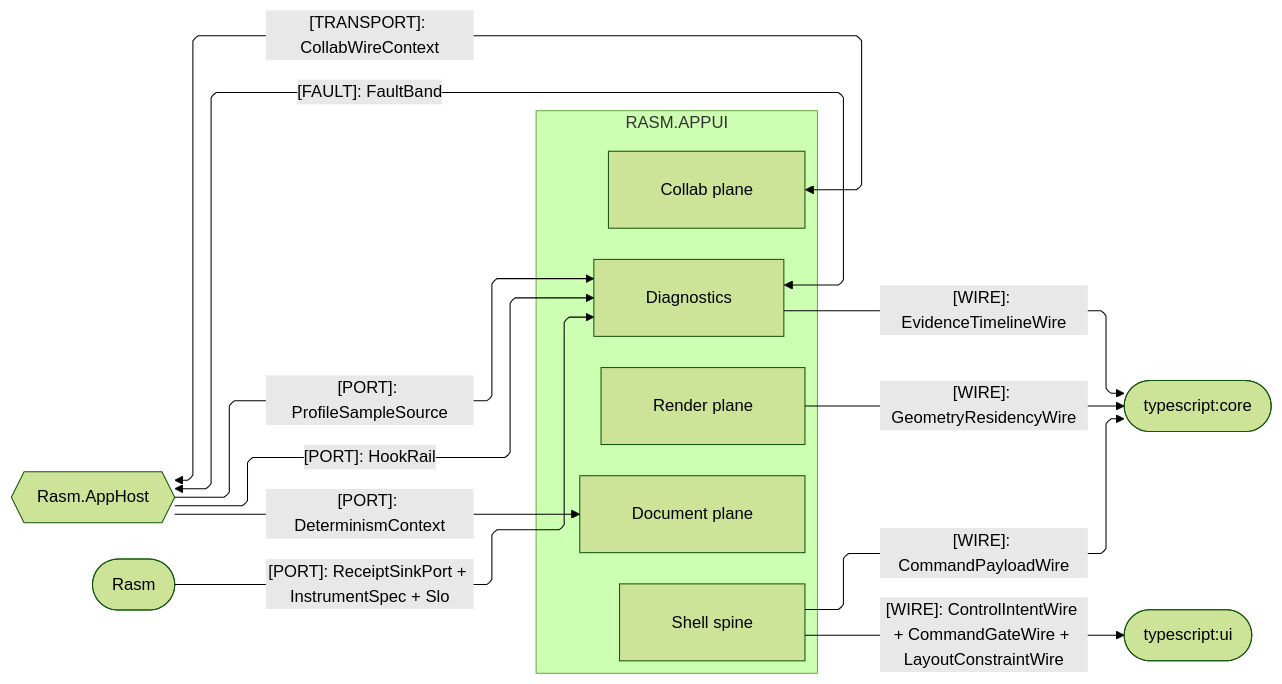
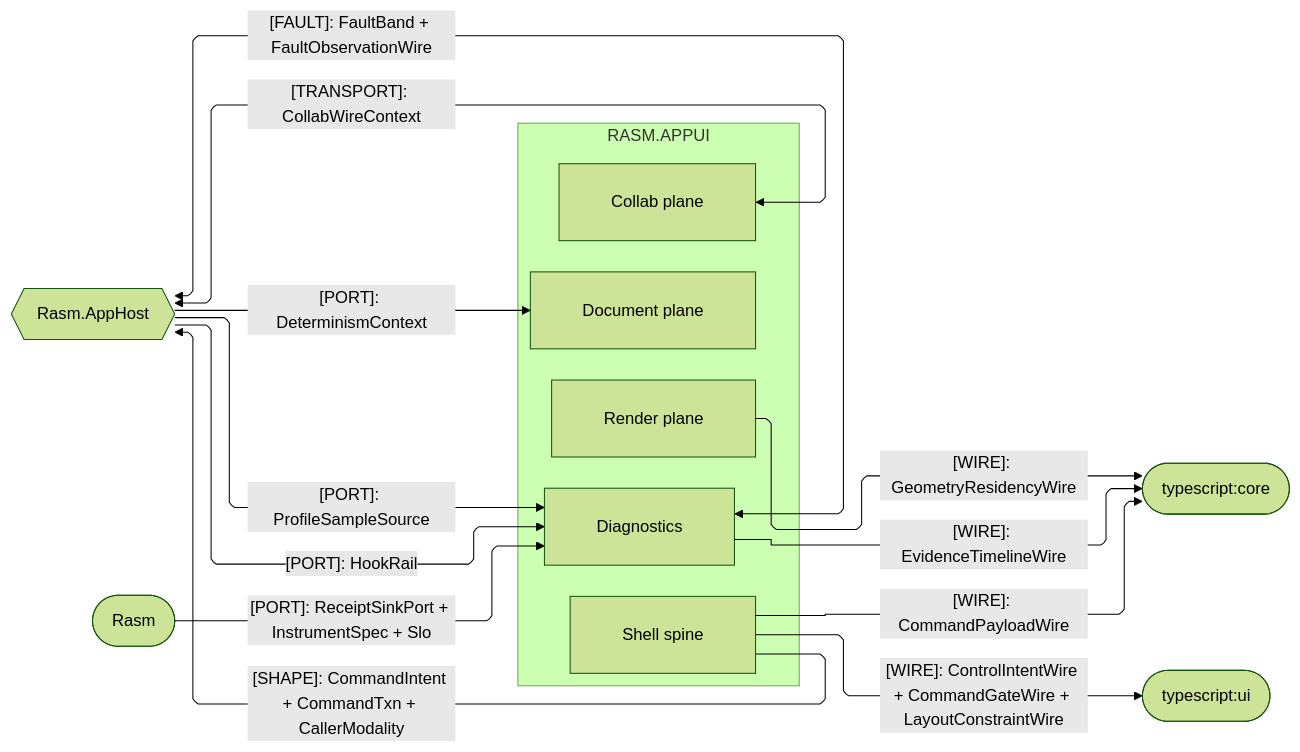
Before and after one commit to bsamiee/Rasm: the third of 4 diagrams in libs/csharp/Rasm.AppUi/ARCHITECTURE.md, drawn with Mermaid (forest theme). The commit also changed other lines of this file and 272 other files, not shown here.

````diff
--- a/libs/csharp/Rasm.AppUi/ARCHITECTURE.md
+++ b/libs/csharp/Rasm.AppUi/ARCHITECTURE.md
@@ -204,33 +204,34 @@
 ```mermaid
 ---
 config:
   layout: elk
   flowchart:
     curve: linear
     padding: 25
 ---
 flowchart LR
     accTitle: AppUi platform-host and cross-runtime wire seams
-    accDescr: AppUi owners exchanging wires, receipts, ports, transport, and the fault-band adjacency with the app host and the TypeScript peers.
+    accDescr: AppUi owners exchanging wires, ports, transport, the command shape, and the fault-band adjacency with the app host and TypeScript peers.
     subgraph appui[RASM.APPUI]
         Shell[Shell spine]
         Render[Render plane]
         Document[Document plane]
         Collab[Collab plane]
         Diagnostics[Diagnostics]
     end
     AppHost{{Rasm.AppHost}}
     Rasm([Rasm])
     Core([typescript:core])
     Ui([typescript:ui])
     Shell e1@-->|"[WIRE]: CommandPayloadWire"| Core
     Render e2@-->|"[WIRE]: GeometryResidencyWire"| Core
     Diagnostics e3@-->|"[WIRE]: EvidenceTimelineWire"| Core
     Shell e4@-->|"[WIRE]: ControlIntentWire + CommandGateWire + LayoutConstraintWire"| Ui
     AppHost e5@-->|"[PORT]: DeterminismContext"| Document
-    Diagnostics e6@<-->|"[FAULT]: FaultBand"| AppHost
+    Diagnostics e6@<-->|"[FAULT]: FaultBand + FaultObservationWire"| AppHost
     Rasm e7@-->|"[PORT]: ReceiptSinkPort + InstrumentSpec + Slo"| Diagnostics
     AppHost e8@-->|"[PORT]: HookRail"| Diagnostics
     AppHost e9@-->|"[PORT]: ProfileSampleSource"| Diagnostics
     Collab e10@<-->|"[TRANSPORT]: CollabWireContext"| AppHost
+    Shell e11@-->|"[SHAPE]: CommandIntent + CommandTxn + CallerModality"| AppHost
 ```
````
